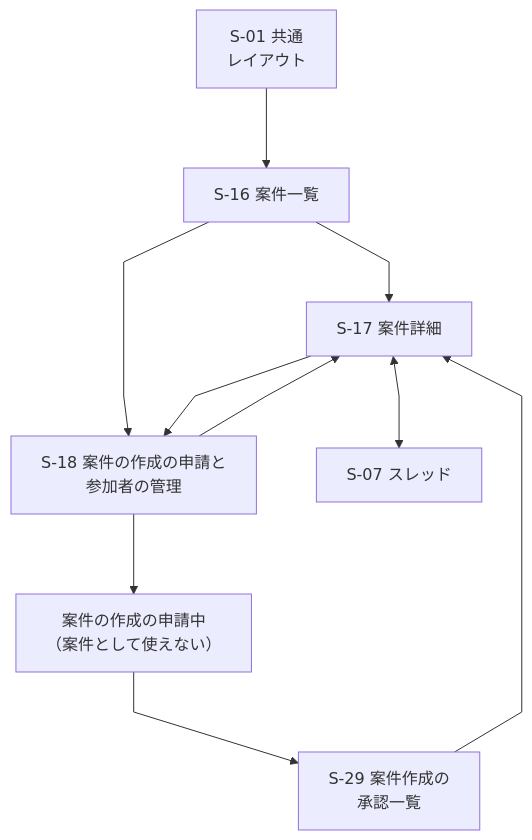
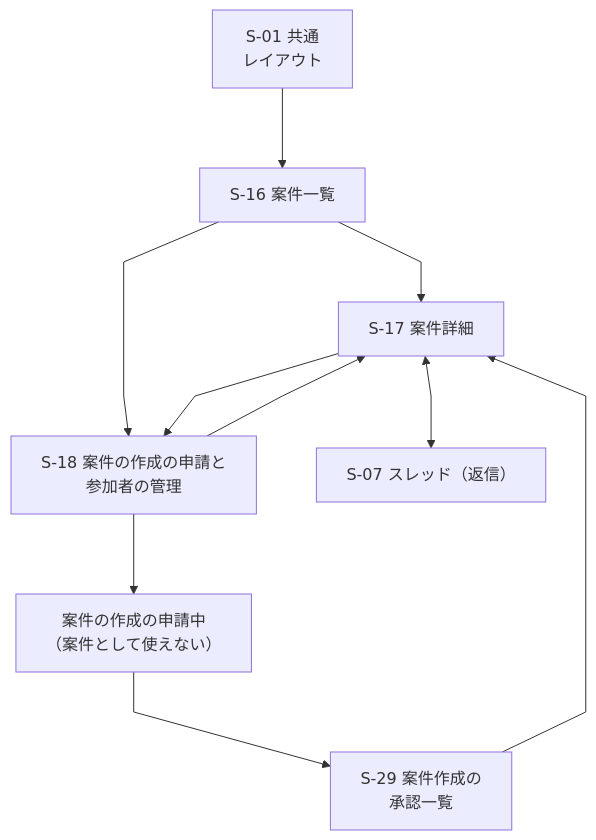
One commit to yamamotonaoki3/internal-system changed the sixth of 13 diagrams in docs/requirements/screens.md. Above: the diagram before and after it, drawn with Mermaid. The commit also changed other lines of this file and 9 other files, not shown here.

````diff
--- a/docs/requirements/screens.md
+++ b/docs/requirements/screens.md
@@ -199,13 +211,13 @@
 ```mermaid
 %%{init: {"flowchart": {"nodeSpacing": 60, "rankSpacing": 80, "curve": "linear", "htmlLabels": true}}}%%
 flowchart TD
     S01["S-01 共通<br/>レイアウト"] --> S16["S-16 案件一覧"]
     S16 --> S17["S-17 案件詳細"]
     S16 --> S18["S-18 案件の作成の申請と<br/>参加者の管理"]
     S18 --> Wait["案件の作成の申請中<br/>（案件として使えない）"]
     Wait --> S29["S-29 案件作成の<br/>承認一覧"]
     S29 --> S17
     S18 --> S17
     S17 --> S18
-    S17 <--> S07["S-07 スレッド"]
+    S17 <--> S07["S-07 スレッド（返信）"]
 ```
````
